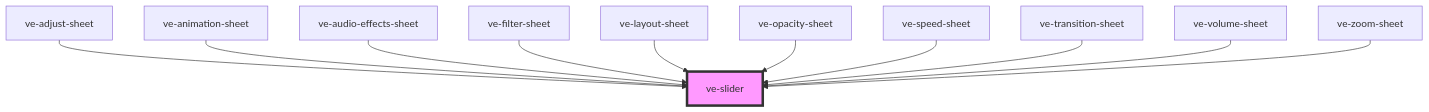
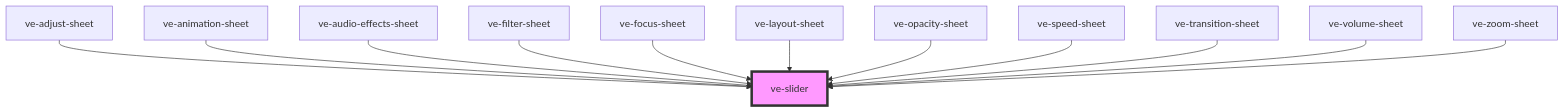
One commit to dotnetdreamer/capacitor-video-kit changed the diagram in src/components/ve-slider/readme.md. Above: the diagram before and after it, drawn with Mermaid. The commit also changed other lines of this file and 109 other files, not shown here.

````diff
--- a/src/components/ve-slider/readme.md
+++ b/src/components/ve-slider/readme.md
@@ -89,14 +90,15 @@
 ```mermaid
 graph TD;
   ve-adjust-sheet --> ve-slider
   ve-animation-sheet --> ve-slider
   ve-audio-effects-sheet --> ve-slider
   ve-filter-sheet --> ve-slider
+  ve-focus-sheet --> ve-slider
   ve-layout-sheet --> ve-slider
   ve-opacity-sheet --> ve-slider
   ve-speed-sheet --> ve-slider
   ve-transition-sheet --> ve-slider
   ve-volume-sheet --> ve-slider
   ve-zoom-sheet --> ve-slider
   style ve-slider fill:#f9f,stroke:#333,stroke-width:4px
 ```
````
